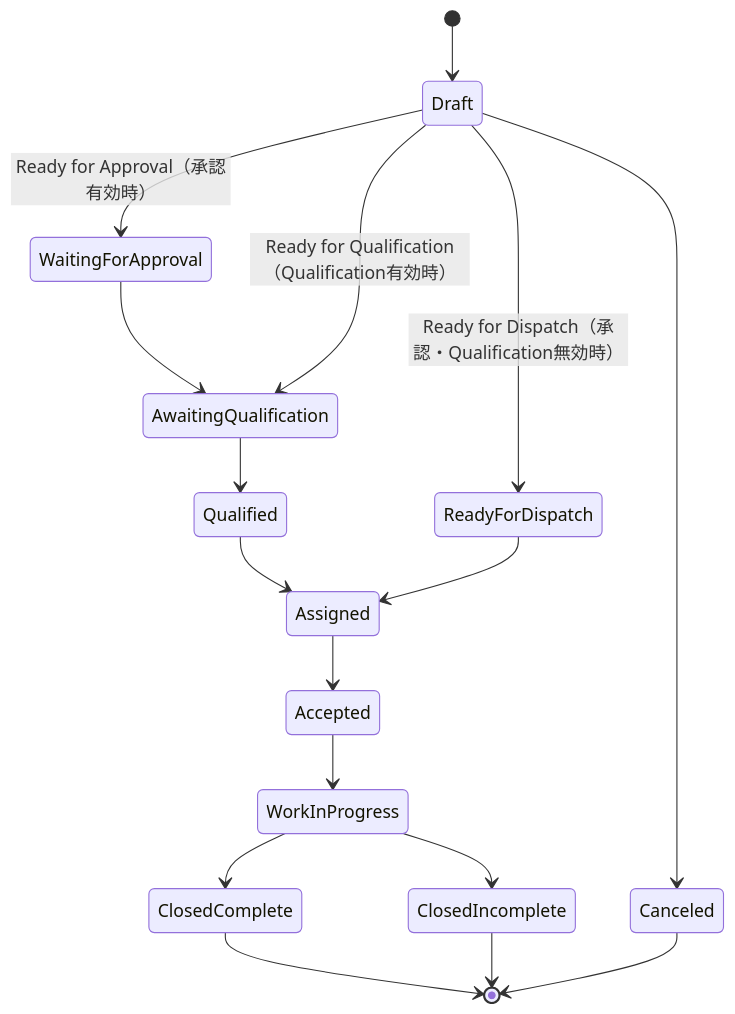
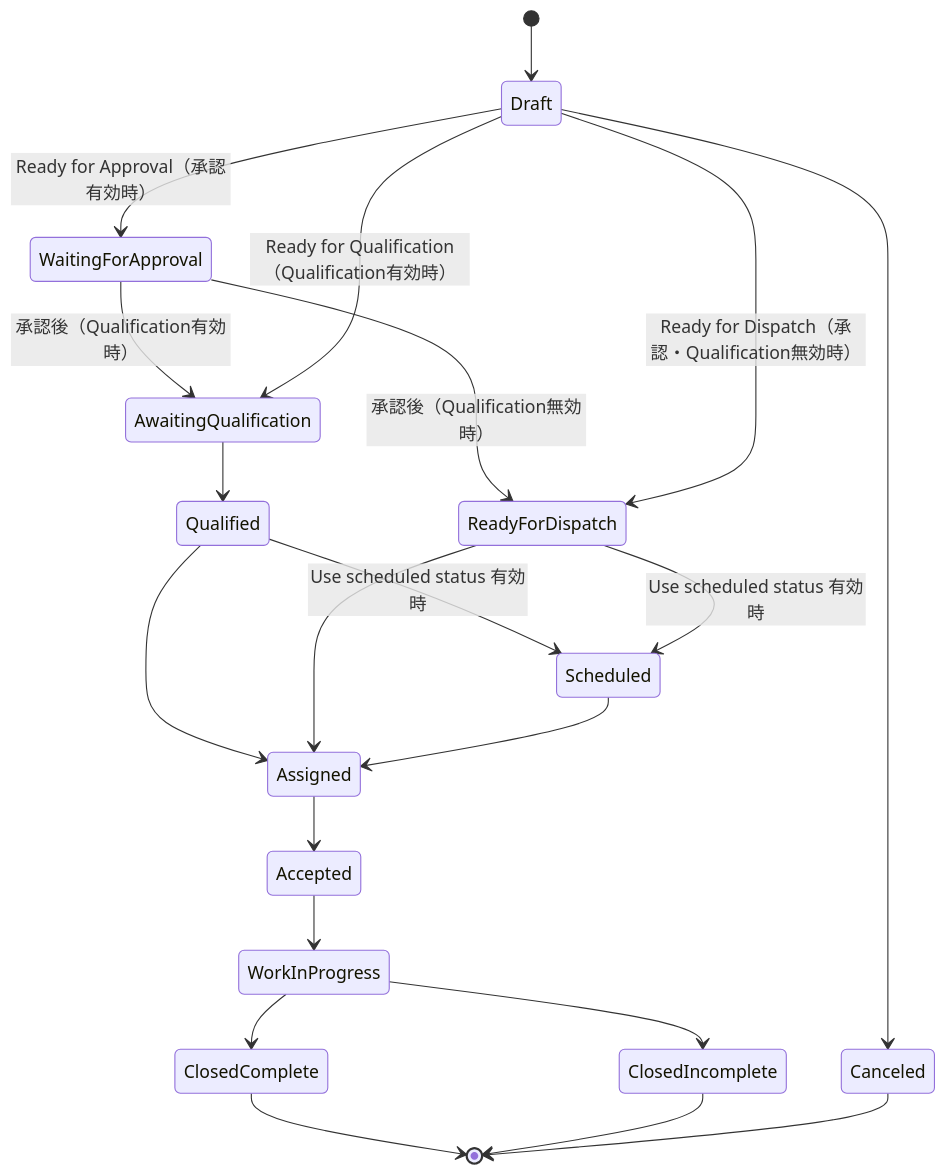
One commit to hidefumiagata/platform-doc changed the third of 4 diagrams in ServiceNow/02_リファレンス/customer/field-service-management.md. Above: the diagram before and after it, drawn with Mermaid. The commit also changed other lines of this file and 346 other files, not shown here.

````diff
--- a/ServiceNow/02_リファレンス/customer/field-service-management.md
+++ b/ServiceNow/02_リファレンス/customer/field-service-management.md
@@ -322,19 +371,23 @@
 ```mermaid
 stateDiagram-v2
   [*] --> Draft
   Draft --> WaitingForApproval: Ready for Approval（承認有効時）
-  WaitingForApproval --> AwaitingQualification
+  WaitingForApproval --> AwaitingQualification: 承認後（Qualification有効時）
+  WaitingForApproval --> ReadyForDispatch: 承認後（Qualification無効時）
   Draft --> AwaitingQualification: Ready for Qualification（Qualification有効時）
   AwaitingQualification --> Qualified
   Draft --> ReadyForDispatch: Ready for Dispatch（承認・Qualification無効時）
   Qualified --> Assigned
   ReadyForDispatch --> Assigned
+  Qualified --> Scheduled: Use scheduled status 有効時
+  ReadyForDispatch --> Scheduled: Use scheduled status 有効時
+  Scheduled --> Assigned
   Assigned --> Accepted
   Accepted --> WorkInProgress
   WorkInProgress --> ClosedComplete
   WorkInProgress --> ClosedIncomplete
   Draft --> Canceled
   ClosedComplete --> [*]
   ClosedIncomplete --> [*]
   Canceled --> [*]
 ```
````
